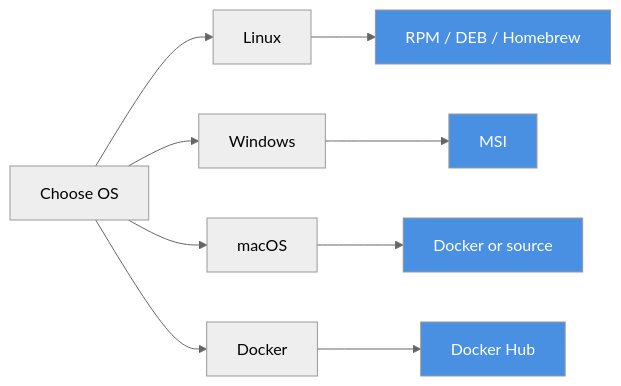
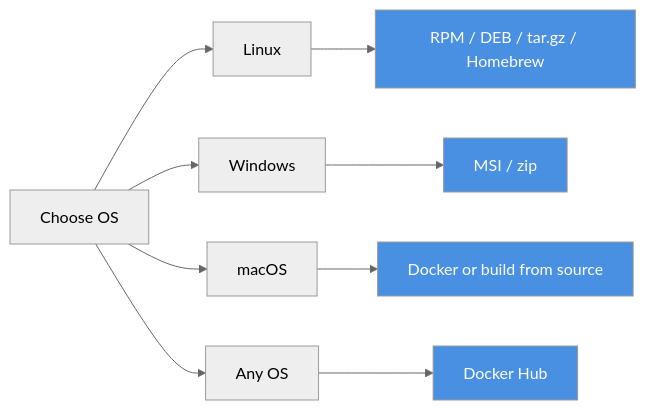
The diagram in docs/01-quick-start/install.md (anvai-labs/proximaDB), drawn with Mermaid before and after one commit. The commit also changed other lines of this file and 99 other files, not shown here.

````diff
--- a/docs/01-quick-start/install.md
+++ b/docs/01-quick-start/install.md
@@ -5,18 +5,18 @@
 ```mermaid
 %%{init: {"theme": "neutral"}}%%
 flowchart LR
   A[Choose OS] --> B[Linux]
   A --> C[Windows]
   A --> D[macOS]
-  A --> E[Docker]
+  A --> E[Any OS]
 
-  B --> B1[RPM / DEB / Homebrew]
-  C --> C1[MSI]
-  D --> D1[Docker or source]
+  B --> B1["RPM / DEB / tar.gz / Homebrew"]
+  C --> C1["MSI / zip"]
+  D --> D1["Docker or build from source"]
   E --> E1[Docker Hub]
 
   style B1 fill:#4a90e2,color:#fff
   style C1 fill:#4a90e2,color:#fff
   style D1 fill:#4a90e2,color:#fff
   style E1 fill:#4a90e2,color:#fff
 ```
````
